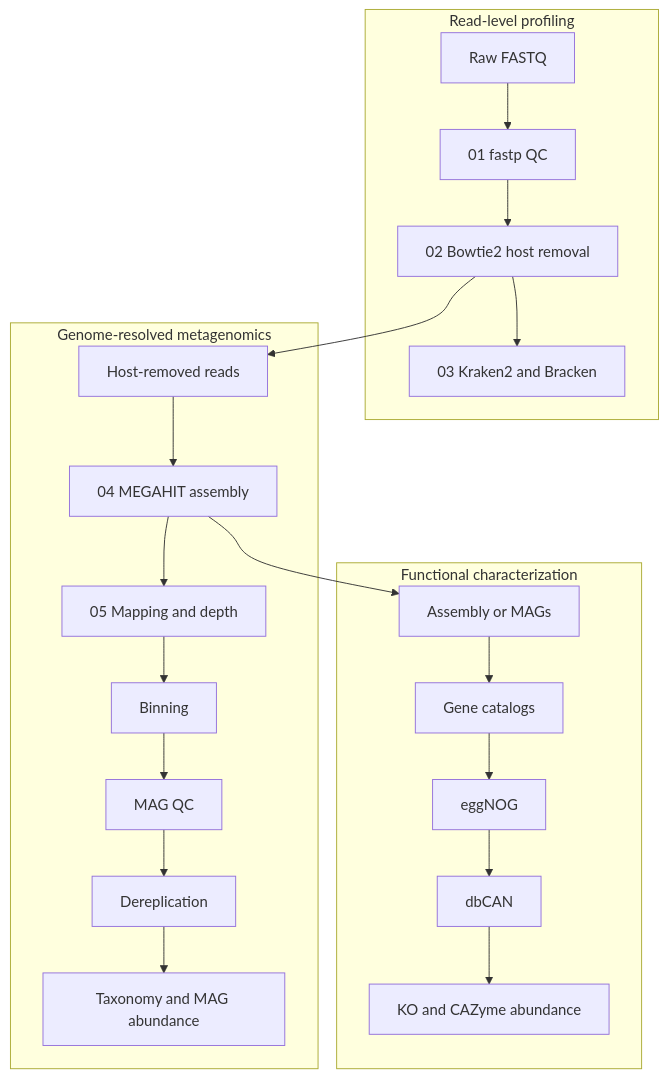
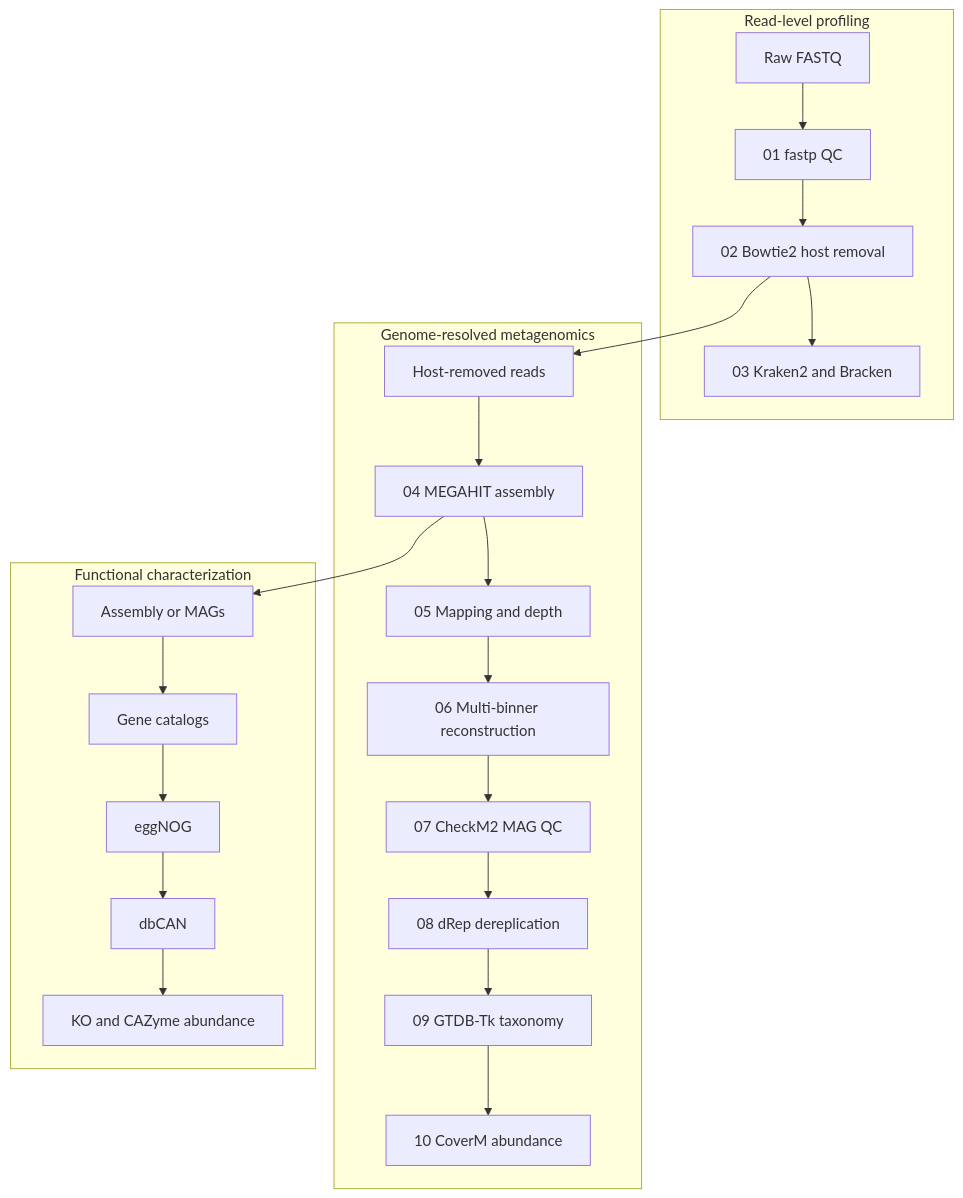
Before and after one commit to JunyongWang/chicken-gut-metagenomics-pipeline: the diagram in docs/workflow.md, drawn with Mermaid. The commit also changed other lines of this file and 23 other files, not shown here.

````diff
--- a/docs/workflow.md
+++ b/docs/workflow.md
@@ -5,20 +5,20 @@
 ```mermaid
 flowchart TB
     accTitle: Conceptual metagenomics workflow
     accDescr: Three connected conceptual paths show read-level profiling, genome-resolved analysis, and functional characterization without implementation details.
 
     subgraph read_level ["Read-level profiling"]
         raw_fastq["Raw FASTQ"] --> qc["01 fastp QC"] --> host_removal["02 Bowtie2 host removal"] --> taxonomy["03 Kraken2 and Bracken"]
     end
 
     subgraph genome_resolved ["Genome-resolved metagenomics"]
-        host_removed_reads["Host-removed reads"] --> assembly["04 MEGAHIT assembly"] --> mapping_depth["05 Mapping and depth"] --> binning["Binning"] --> mag_qc["MAG QC"] --> dereplication["Dereplication"] --> mag_taxonomy["Taxonomy and MAG abundance"]
+        host_removed_reads["Host-removed reads"] --> assembly["04 MEGAHIT assembly"] --> mapping_depth["05 Mapping and depth"] --> binning["06 Multi-binner reconstruction"] --> mag_qc["07 CheckM2 MAG QC"] --> dereplication["08 dRep dereplication"] --> mag_taxonomy["09 GTDB-Tk taxonomy"] --> mag_abundance["10 CoverM abundance"]
     end
 
     subgraph functional ["Functional characterization"]
         assembly_mags["Assembly or MAGs"] --> gene_catalogs["Gene catalogs"] --> eggnog["eggNOG"] --> dbcan["dbCAN"] --> functional_abundance["KO and CAZyme abundance"]
     end
 
     host_removal --> host_removed_reads
     assembly --> assembly_mags
 ```
````
